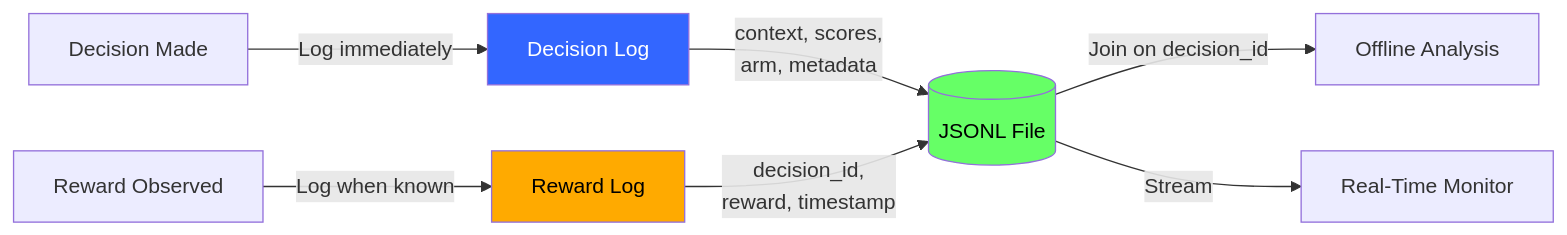
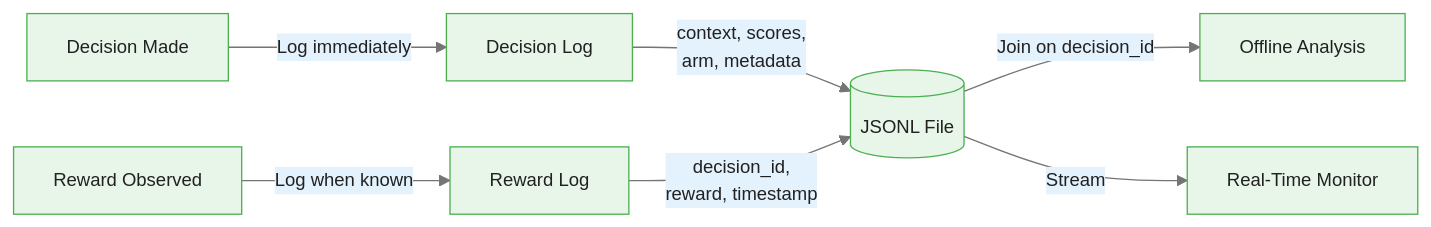
One commit to m-deane/course-creator changed the first of 4 diagrams in courses/multi-armed-bandits-ab-testing/modules/module_07_production_systems/guides/02_logging_and_monitoring_slides.md. Above: the diagram before and after it, drawn with Mermaid. The commit also changed other lines of this file and 146 other files, not shown here.

````diff
--- a/courses/multi-armed-bandits-ab-testing/modules/module_07_production_systems/guides/02_logging_and_monitoring_slides.md
+++ b/courses/multi-armed-bandits-ab-testing/modules/module_07_production_systems/guides/02_logging_and_monitoring_slides.md
@@ -53,15 +67,12 @@
 ```mermaid
+%%{init: {"theme": "base", "themeVariables": {"primaryColor": "#e8f5e9", "primaryBorderColor": "#4caf50", "primaryTextColor": "#212121", "secondaryColor": "#e3f2fd", "tertiaryColor": "#fff8e1", "lineColor": "#757575", "fontFamily": "Inter, sans-serif", "fontSize": "14px"}}}%%
 flowchart LR
     D[Decision Made] --> |"Log immediately"| DL[Decision Log]
     DL --> |"context, scores,<br/>arm, metadata"| JSONL[(JSONL File)]
 
     R[Reward Observed] --> |"Log when known"| RL[Reward Log]
     RL --> |"decision_id,<br/>reward, timestamp"| JSONL
 
     JSONL --> |"Join on decision_id"| Analysis[Offline Analysis]
     JSONL --> |"Stream"| Monitor[Real-Time Monitor]
-
-    style DL fill:#36f,color:#fff
-    style RL fill:#fa0,color:#000
-    style JSONL fill:#6f6,color:#000
 ```
````
